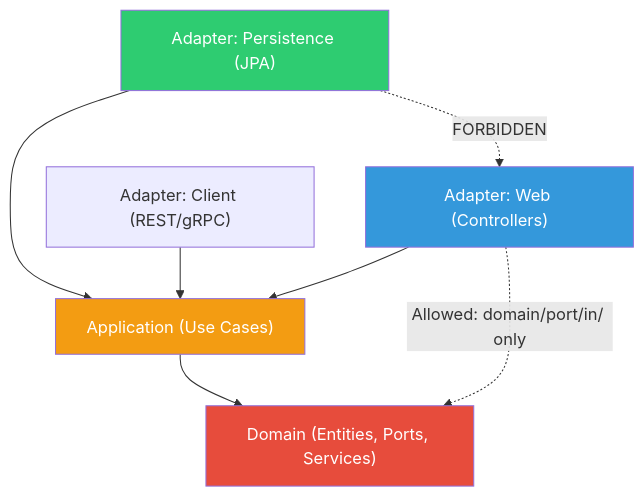
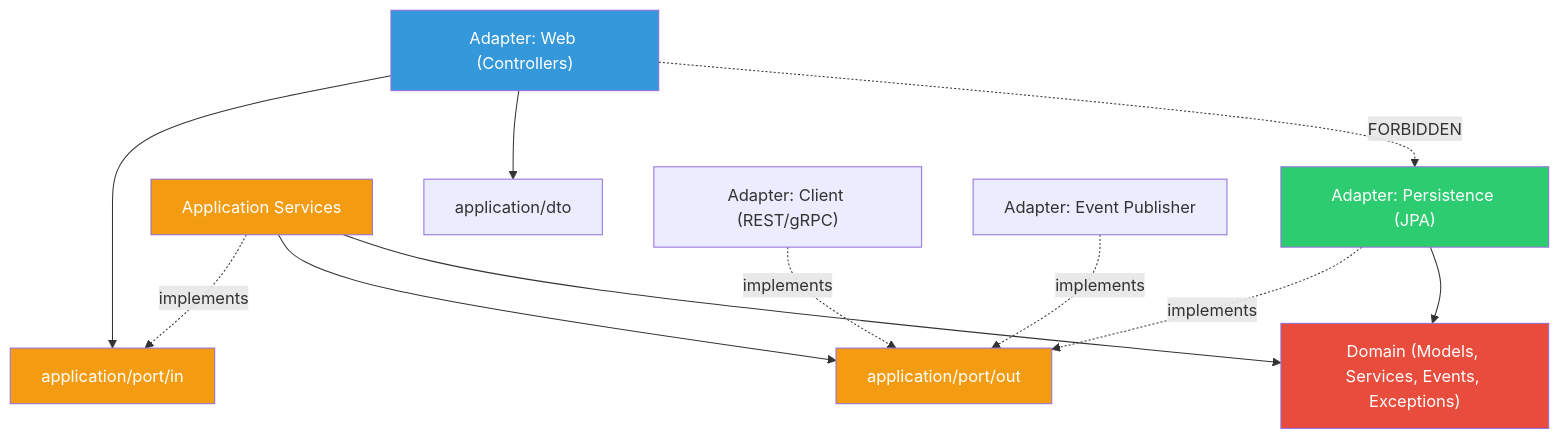
Before and after one commit to dongduy-dev/meridian-finance: the diagram in docs/architecture/MER-ARCH-003-dependency-rules.md, drawn with Mermaid. The commit also changed other lines of this file and 4 other files, not shown here.

Commit message:
docs: define practical Meridian architecture standard

````diff
--- a/docs/architecture/MER-ARCH-003-dependency-rules.md
+++ b/docs/architecture/MER-ARCH-003-dependency-rules.md
@@ -7,15 +8,21 @@
 ```mermaid
 graph TB
-    WEB["Adapter: Web (Controllers)"] --> APP["Application (Use Cases)"]
-    PERSIST["Adapter: Persistence (JPA)"] --> APP
-    CLIENT["Adapter: Client (REST/gRPC)"] --> APP
-    APP --> DOMAIN["Domain (Entities, Ports, Services)"]
+    WEB["Adapter: Web (Controllers)"] --> IN["application/port/in"]
+    WEB --> DTO["application/dto"]
+    APP["Application Services"] -.->|"implements"| IN
+    APP --> OUT["application/port/out"]
+    APP --> DOMAIN["Domain (Models, Services, Events, Exceptions)"]
+    PERSIST["Adapter: Persistence (JPA)"] -.->|"implements"| OUT
+    PERSIST --> DOMAIN
+    CLIENT["Adapter: Client (REST/gRPC)"] -.->|"implements"| OUT
+    EVENT["Adapter: Event Publisher"] -.->|"implements"| OUT
     
-    WEB -.->|"Allowed: domain/port/in/ only"| DOMAIN
-    PERSIST -.->|FORBIDDEN| WEB
+    WEB -.->|FORBIDDEN| PERSIST
     
     style DOMAIN fill:#e74c3c,color:#fff
     style APP fill:#f39c12,color:#fff
+    style IN fill:#f39c12,color:#fff
+    style OUT fill:#f39c12,color:#fff
     style WEB fill:#3498db,color:#fff
     style PERSIST fill:#2ecc71,color:#fff
 ```
````
